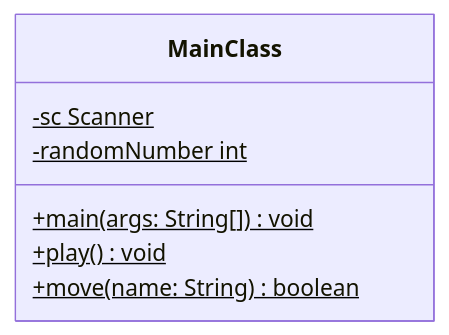
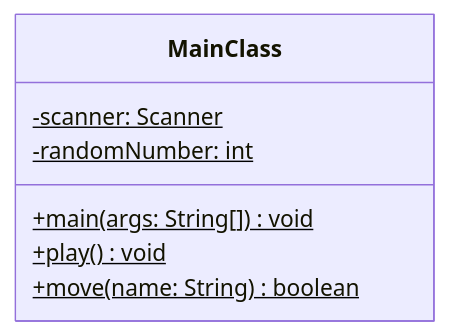
The first of 4 diagrams in docs/exercises/activity-diagrams/activity-diagrams01.mdx (jappuccini/java-docs), drawn with Mermaid before and after one commit. The commit also changed other lines of this file, not shown here.

Commit message:
Update Activity Diagrams Exercise 1

````diff
--- a/docs/exercises/activity-diagrams/activity-diagrams01.mdx
+++ b/docs/exercises/activity-diagrams/activity-diagrams01.mdx
@@ -13,10 +13,10 @@
 ```mermaid
 classDiagram
     class MainClass {
-        -sc Scanner$
-        -randomNumber int$
+        -scanner: Scanner$
+        -randomNumber: int$
         +main(args: String[])$ void
         +play()$ void
         +move(name: String)$ boolean
     }
 ```
````
